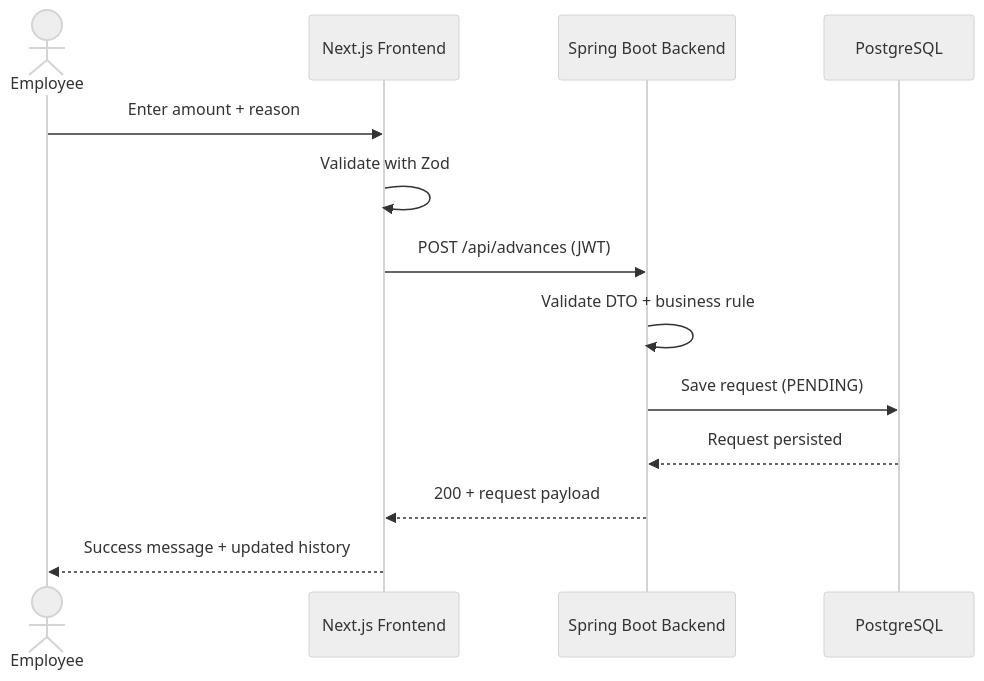
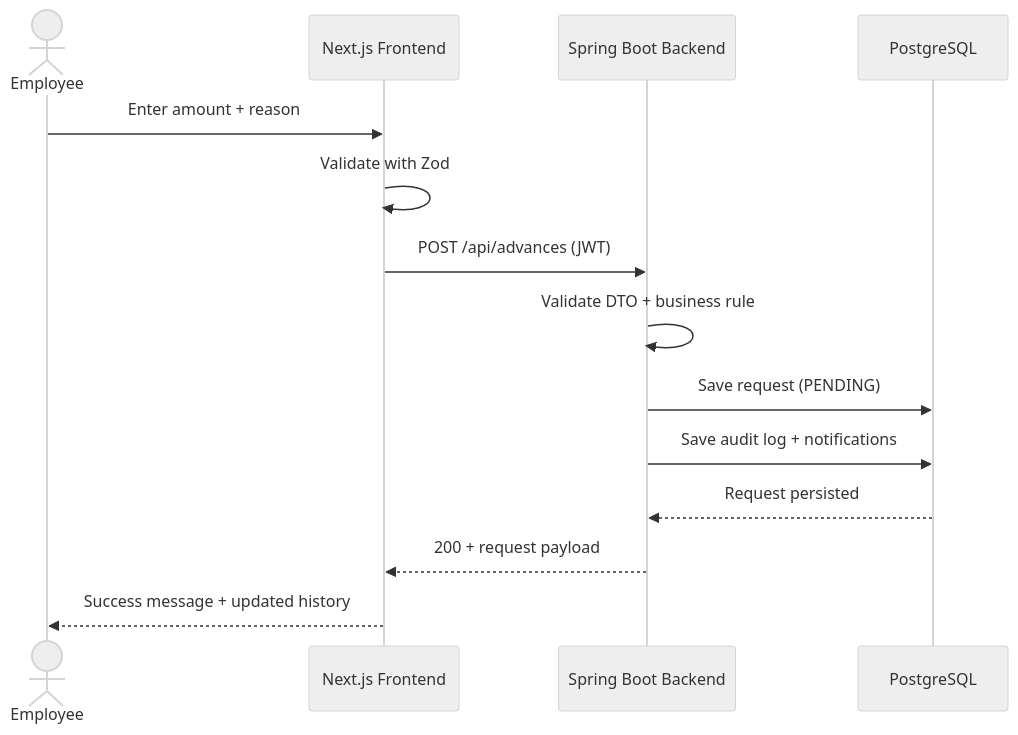
The third of 5 diagrams in docs/Design_Diagrams.md (blackFLINT/ESS-SalaryAdvance), drawn with Mermaid (neutral theme) before and after one commit. The commit also changed other lines of this file and 84 other files, not shown here.

````diff
--- a/docs/Design_Diagrams.md
+++ b/docs/Design_Diagrams.md
@@ -57,16 +81,17 @@
 ```mermaid
 sequenceDiagram
   actor Employee
   participant FE as Next.js Frontend
   participant BE as Spring Boot Backend
   participant DB as PostgreSQL
 
   Employee->>FE: Enter amount + reason
   FE->>FE: Validate with Zod
   FE->>BE: POST /api/advances (JWT)
   BE->>BE: Validate DTO + business rule
   BE->>DB: Save request (PENDING)
+  BE->>DB: Save audit log + notifications
   DB-->>BE: Request persisted
   BE-->>FE: 200 + request payload
   FE-->>Employee: Success message + updated history
 ```
````
